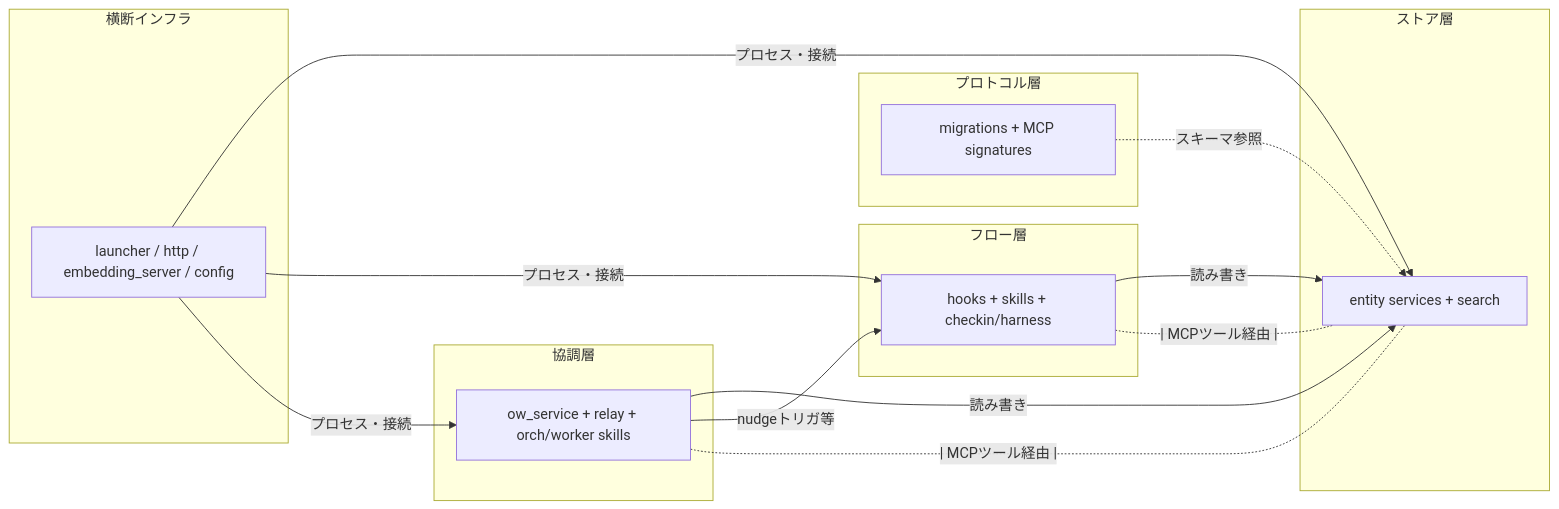
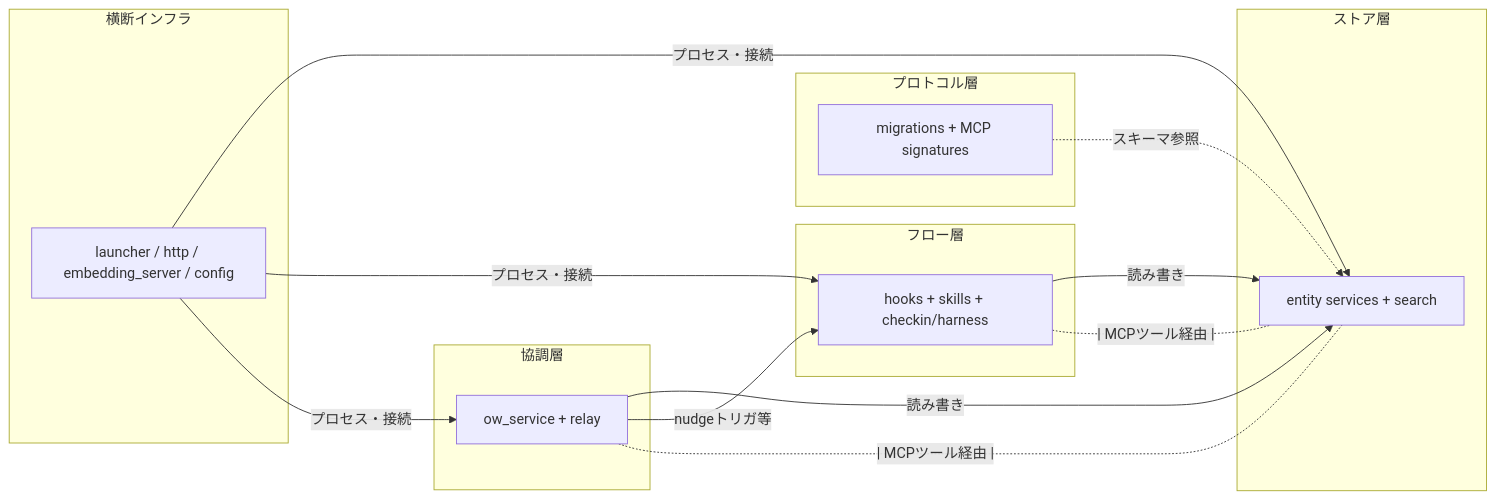
One commit to isizono/calm changed the second of 2 diagrams in docs/architecture/components.md. Above: the diagram before and after it, drawn with Mermaid. The commit also changed other lines of this file and 2 other files, not shown here.

First line of the commit message:
docs: ow指揮層撤去に伴い構成図・README・openapiを同期

````diff
--- a/docs/architecture/components.md
+++ b/docs/architecture/components.md
@@ -281,28 +264,28 @@
 ```mermaid
 graph LR
     subgraph L1["プロトコル層"]
         P[migrations + MCP signatures]
     end
     subgraph L2["ストア層"]
         S[entity services + search]
     end
     subgraph L3["フロー層"]
         F[hooks + skills + checkin/harness]
     end
     subgraph L4["協調層"]
-        C[ow_service + relay + orch/worker skills]
+        C[ow_service + relay]
     end
     subgraph L0["横断インフラ"]
         I[launcher / http / embedding_server / config]
     end
 
     P -. スキーマ参照 .-> S
     F -->|読み書き| S
     C -->|読み書き| S
     C -->|nudgeトリガ等| F
     I -->|プロセス・接続| S
     I -->|プロセス・接続| F
     I -->|プロセス・接続| C
     F -.| MCPツール経由 |.- S
     C -.| MCPツール経由 |.- S
 ```
````
